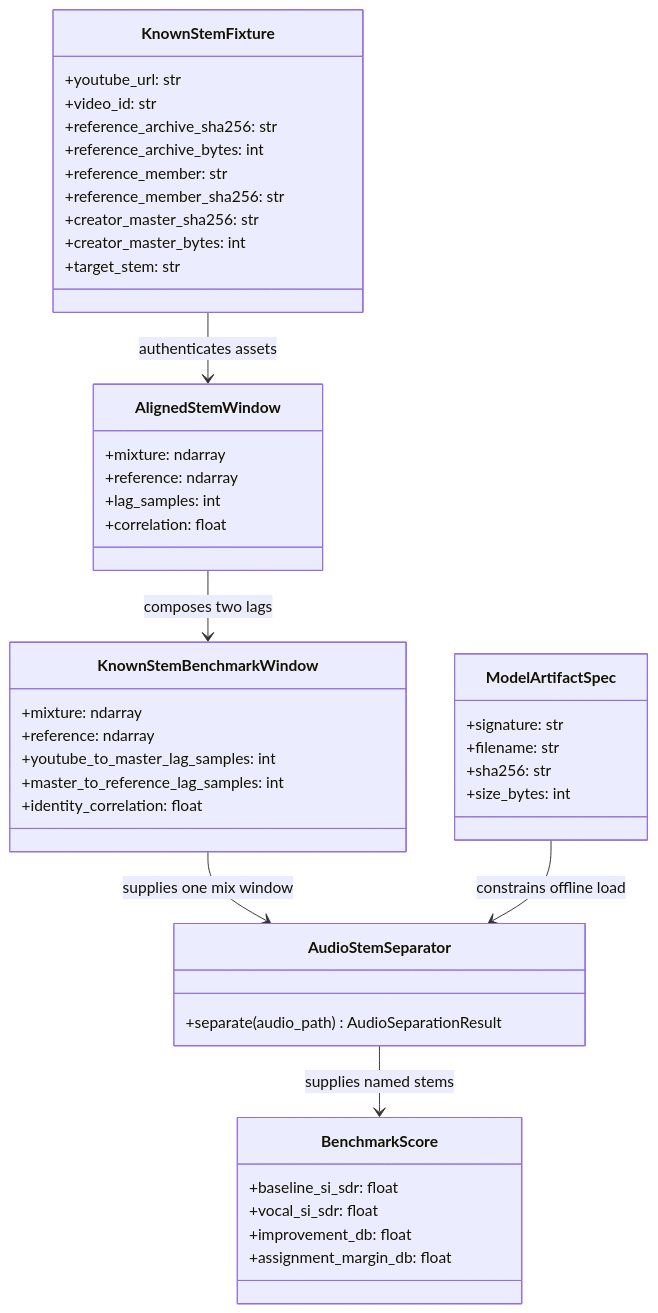
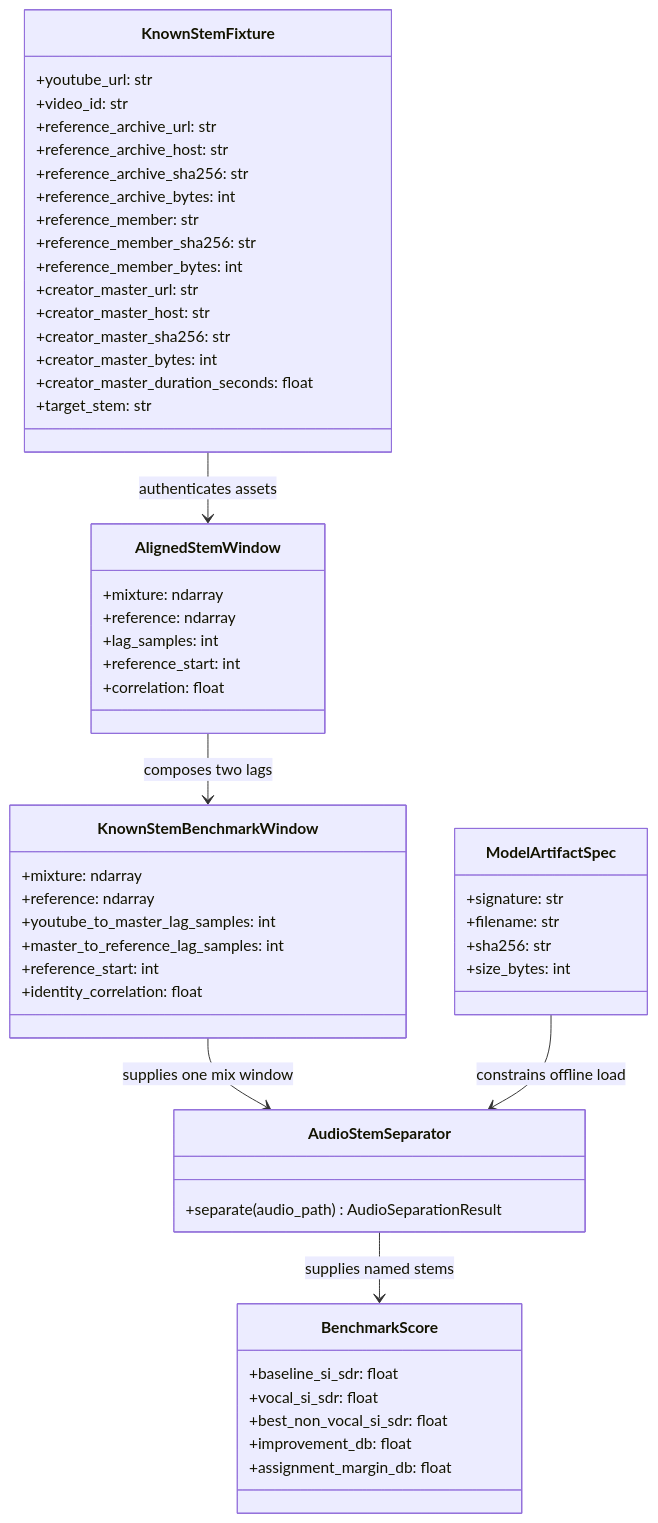
The fifth of 8 diagrams in docs/architecture/diagrams.md (ContextualWisdomLab/bandscope), drawn with Mermaid before and after one commit. The commit also changed other lines of this file and 28 other files, not shown here.

````diff
--- a/docs/architecture/diagrams.md
+++ b/docs/architecture/diagrams.md
@@ -77,47 +77,56 @@
 ```mermaid
 classDiagram
     class KnownStemFixture {
       +youtube_url: str
       +video_id: str
+      +reference_archive_url: str
+      +reference_archive_host: str
       +reference_archive_sha256: str
       +reference_archive_bytes: int
       +reference_member: str
       +reference_member_sha256: str
+      +reference_member_bytes: int
+      +creator_master_url: str
+      +creator_master_host: str
       +creator_master_sha256: str
       +creator_master_bytes: int
+      +creator_master_duration_seconds: float
       +target_stem: str
     }
     class AlignedStemWindow {
       +mixture: ndarray
       +reference: ndarray
       +lag_samples: int
+      +reference_start: int
       +correlation: float
     }
     class AudioStemSeparator {
       +separate(audio_path) AudioSeparationResult
     }
     class ModelArtifactSpec {
       +signature: str
       +filename: str
       +sha256: str
       +size_bytes: int
     }
     class KnownStemBenchmarkWindow {
       +mixture: ndarray
       +reference: ndarray
       +youtube_to_master_lag_samples: int
       +master_to_reference_lag_samples: int
+      +reference_start: int
       +identity_correlation: float
     }
     class BenchmarkScore {
       +baseline_si_sdr: float
       +vocal_si_sdr: float
+      +best_non_vocal_si_sdr: float
       +improvement_db: float
       +assignment_margin_db: float
     }
     KnownStemFixture --> AlignedStemWindow: authenticates assets
     AlignedStemWindow --> KnownStemBenchmarkWindow: composes two lags
     KnownStemBenchmarkWindow --> AudioStemSeparator: supplies one mix window
     ModelArtifactSpec --> AudioStemSeparator: constrains offline load
     AudioStemSeparator --> BenchmarkScore: supplies named stems
 ```
````
